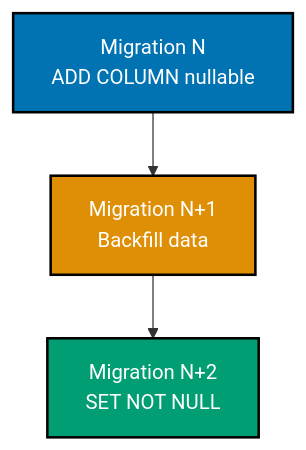
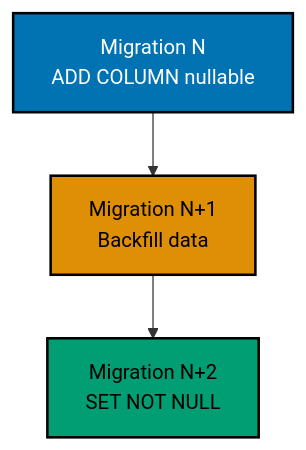
Before and after one commit to wahidyankf/ose-public: the third of 6 diagrams in apps/ayokoding-www/content/en/learn/legacy/software-engineering/data/tools/clojure-migratus/by-example/advanced.md, drawn with Mermaid. The commit also changed other lines of this file and 131 other files, not shown here.

First line of the commit message:
fix(mermaid): bring the legacy data, infrastructure, and testing diagrams onto the accessible palette

````diff
--- a/apps/ayokoding-www/content/en/learn/legacy/software-engineering/data/tools/clojure-migratus/by-example/advanced.md
+++ b/apps/ayokoding-www/content/en/learn/legacy/software-engineering/data/tools/clojure-migratus/by-example/advanced.md
@@ -357,11 +370,17 @@
 ```mermaid
 %% Color Palette: Blue #0173B2, Orange #DE8F05, Teal #029E73, Purple #CC78BC, Brown #CA9161
 %% Three-migration backfill pattern
 graph TD
+    accTitle: Example 67: Data Backfill Pattern
+    accDescr: Graph with 3 nodes and 2 connections. Nodes: Migration N ADD COLUMN nullable, Migration N+1 Backfill data, Migration N+2 SET NOT NULL. Connections: Migration N ADD COLUMN nullable to Migration N+1 Backfill data, Migration N+1 Backfill data to Migration N+2 SET NOT NULL.
     A[Migration N<br/>ADD COLUMN nullable] --> B[Migration N+1<br/>Backfill data]
     B --> C[Migration N+2<br/>SET NOT NULL]
 
-    style A fill:#0173B2,stroke:#000000,color:#FFFFFF,stroke-width:2px
-    style B fill:#DE8F05,stroke:#000000,color:#FFFFFF,stroke-width:2px
-    style C fill:#029E73,stroke:#000000,color:#FFFFFF,stroke-width:2px
+    classDef pal-0173B2 fill:#0173B2,stroke:#000000,color:#FFFFFF,stroke-width:2px
+    class A pal-0173B2
+    classDef pal-DE8F05 fill:#DE8F05,stroke:#000000,color:#000000,stroke-width:2px
+    class B pal-DE8F05
+    classDef pal-029E73 fill:#029E73,stroke:#000000,color:#000000,stroke-width:2px
+    class C pal-029E73
+    classDef default fill:#FFFFFF,stroke:#000000,color:#000000
 ```
````
